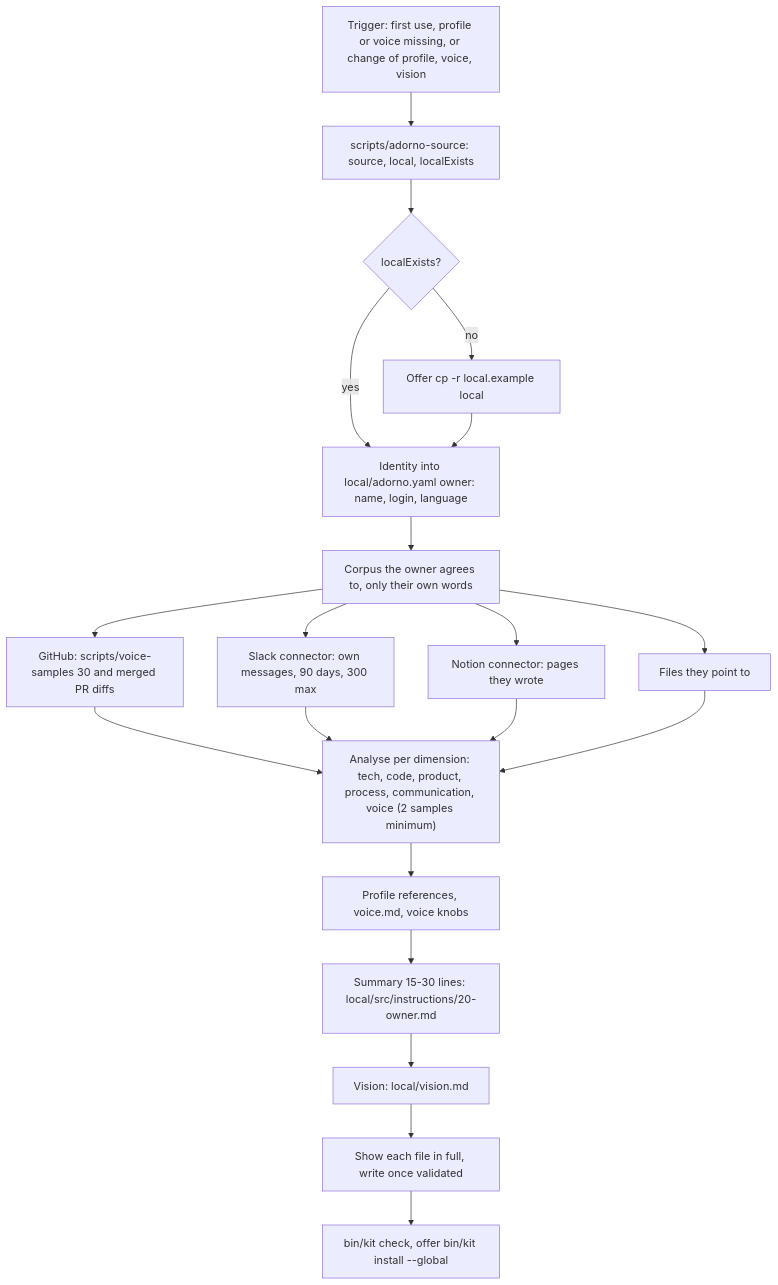
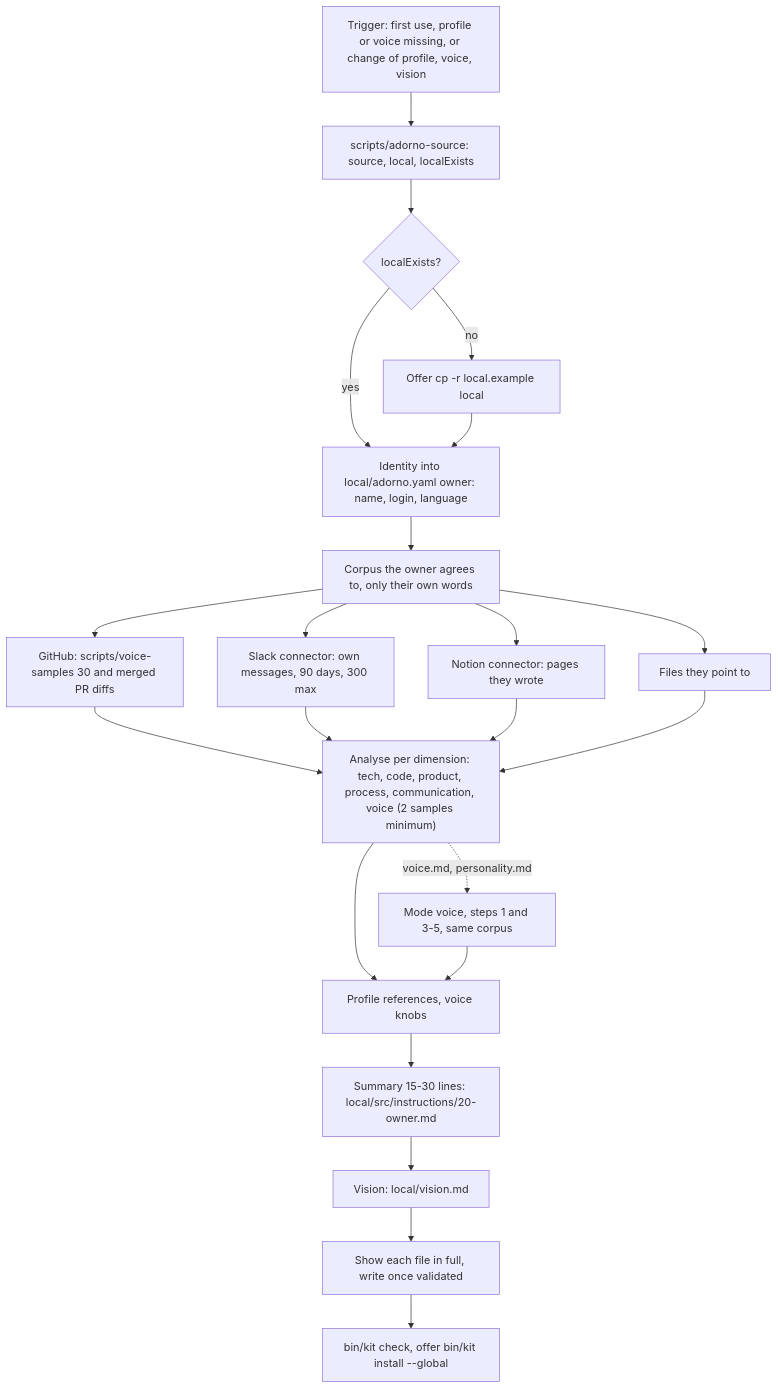
Before and after one commit to nicolasmondain/adorno: the first of 3 diagrams in src/skills/adorno-setup/SCHEMA.md, drawn with Mermaid. The commit also changed other lines of this file and 37 other files, not shown here.

First line of the commit message:
feat(voice): example-driven voice and personality files (#15)

````diff
--- a/src/skills/adorno-setup/SCHEMA.md
+++ b/src/skills/adorno-setup/SCHEMA.md
@@ -5,22 +5,24 @@
 ```mermaid
 flowchart TD
   T["Trigger: first use, profile or voice missing, or change of profile, voice, vision"] --> LO["scripts/adorno-source: source, local, localExists"]
   LO --> LE{"localExists?"}
   LE -->|"no"| CP["Offer cp -r local.example local"]
   LE -->|"yes"| ID
   CP --> ID["Identity into local/adorno.yaml owner: name, login, language"]
   ID --> CO["Corpus the owner agrees to, only their own words"]
   CO --> GH["GitHub: scripts/voice-samples 30 and merged PR diffs"]
   CO --> SK["Slack connector: own messages, 90 days, 300 max"]
   CO --> NT["Notion connector: pages they wrote"]
   CO --> FL["Files they point to"]
   GH --> AN["Analyse per dimension: tech, code, product, process, communication, voice (2 samples minimum)"]
   SK --> AN
   NT --> AN
   FL --> AN
-  AN --> FI["Profile references, voice.md, voice knobs"]
+  AN --> FI["Profile references, voice knobs"]
+  AN -.->|"voice.md, personality.md"| MV["Mode voice, steps 1 and 3-5, same corpus"]
+  MV --> FI
   FI --> SU["Summary 15-30 lines: local/src/instructions/20-owner.md"]
   SU --> VI["Vision: local/vision.md"]
   VI --> SH["Show each file in full, write once validated"]
   SH --> AP["bin/kit check, offer bin/kit install --global"]
 ```
````
